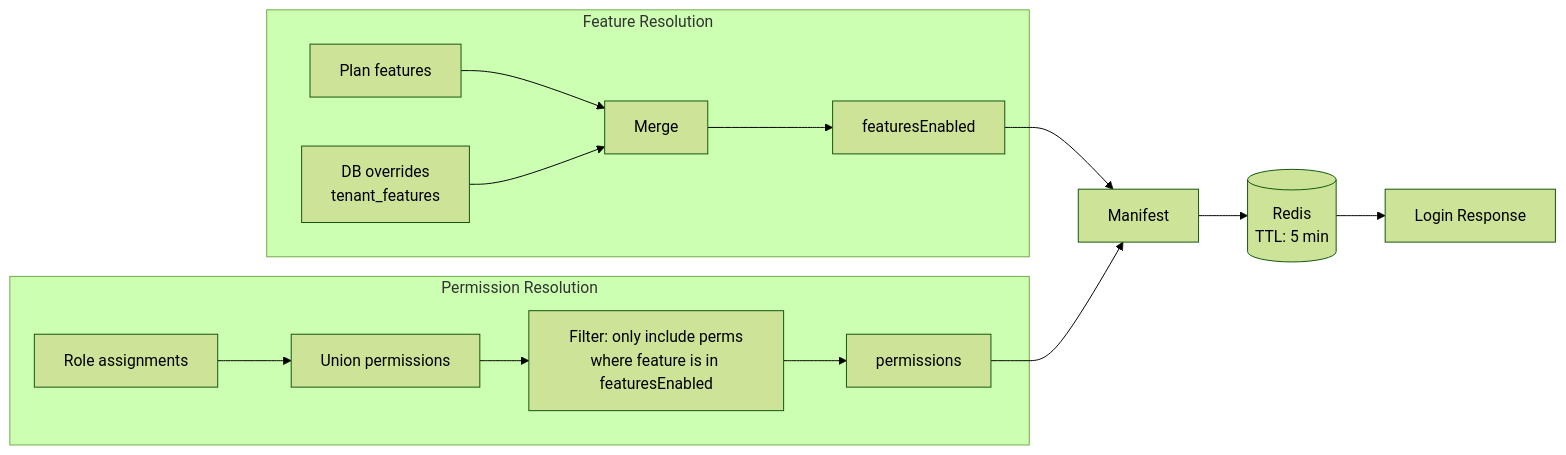
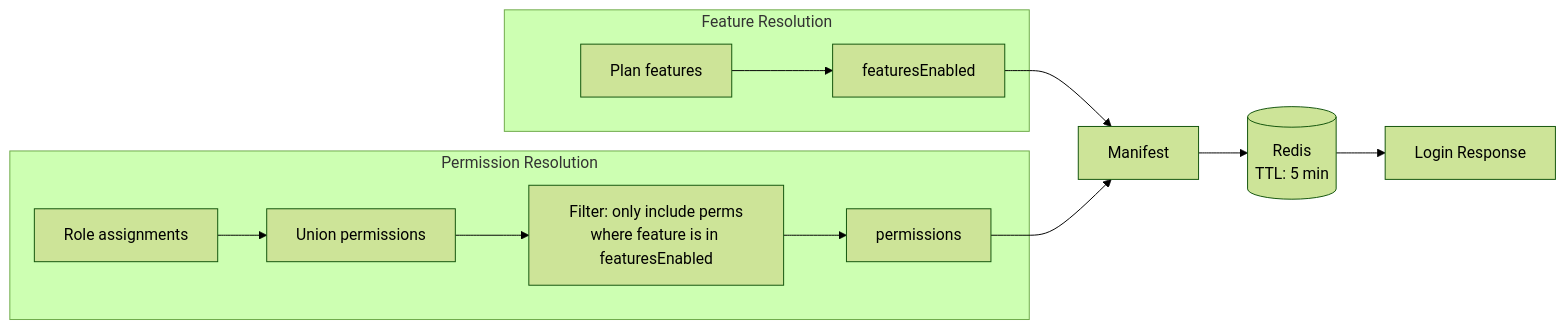
The fourth of 4 diagrams in doc/system-design/subscription-and-features.md (gowtamkumar/eCommerce-multi-store-saas-erp), drawn with Mermaid (forest theme) before and after one commit. The commit also changed other lines of this file and 18 other files, not shown here.

````diff
--- a/doc/system-design/subscription-and-features.md
+++ b/doc/system-design/subscription-and-features.md
@@ -631,19 +573,17 @@
 ```mermaid
 flowchart LR
     subgraph Feature Resolution
-        P[Plan features] --> M[Merge]
-        O[DB overrides\ntenant_features] --> M
-        M --> FE[featuresEnabled]
+        P[Plan features] --> FE[featuresEnabled]
     end
 
     subgraph Permission Resolution
         RA[Role assignments] --> UP[Union permissions]
         UP --> FF[Filter: only include perms\nwhere feature is in featuresEnabled]
         FF --> PERMS[permissions]
     end
 
     FE --> Manifest
     PERMS --> Manifest
     Manifest --> Cache[(Redis\nTTL: 5 min)]
     Cache --> Login[Login Response]
 ```
````
